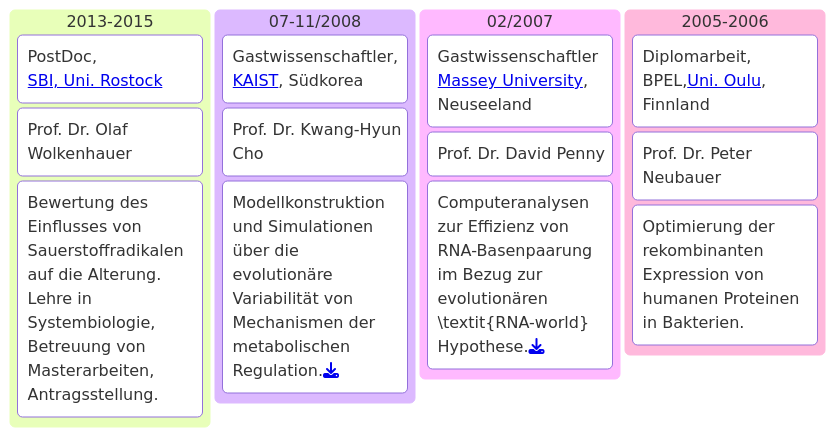
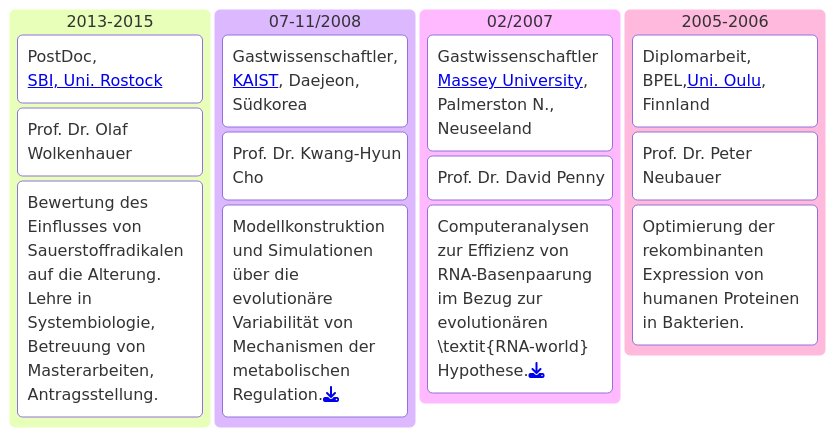
One commit to uliebal/uliebal.github.io changed the second of 2 diagrams in _pages/vita.md. Above: the diagram before and after it, drawn with Mermaid. The commit also changed other lines of this file, not shown here.

```diff
--- a/_pages/vita.md
+++ b/_pages/vita.md
@@ -135,19 +135,19 @@
 <pre class="mermaid">
 kanban
     SBI["2013-2015"]
         task1["PostDoc,<br><a href="https://www.sbi.uni-rostock.de/">SBI, Uni. Rostock</a>"]
         task2["Prof. Dr. Olaf Wolkenhauer"]
         task3["Bewertung des Einflusses von Sauerstoffradikalen auf die Alterung.<br>Lehre in Systembiologie, Betreuung von Masterarbeiten, Antragsstellung."]
     kaist["07-11/2008"]
-        task1["Gastwissenschaftler,<br><a href="https://www.kaist.ac.kr/en/">KAIST</a>, Südkorea"]
+        task1["Gastwissenschaftler,<br><a href="https://www.kaist.ac.kr/en/">KAIST</a>, Daejeon, Südkorea"]
         task2["Prof. Dr. Kwang-Hyun Cho"]
         task3["Modellkonstruktion und Simulationen über die evolutionäre Variabilität von Mechanismen der metabolischen Regulation.<a href="/assets/Files/2008_KAIST-Report.pdf"><i class="fa-solid fa-download"></i></a>"]
     palmerston["02/2007"]
-        task1["Gastwissenschaftler<br><a href="https://www.massey.ac.nz/">Massey University</a>, Neuseeland"]
+        task1["Gastwissenschaftler<br><a href="https://www.massey.ac.nz/">Massey University</a>, Palmerston N., Neuseeland"]
         task2["Prof. Dr. David Penny"]
         task3["Computeranalysen zur Effizienz von RNA-Basenpaarung im Bezug zur evolutionären \textit{RNA-world} Hypothese.<a href="/assets/Files/2007_NZ-Report.pdf"><i class="fa-solid fa-download"></i></a>"]
     BPEL["2005-2006"]
         task1["Diplomarbeit,<br>BPEL,<a href="https://www.oulu.fi/en">Uni. Oulu</a>, Finnland"]
         task2["Prof. Dr. Peter Neubauer"]
         task3["Optimierung der rekombinanten Expression von humanen Proteinen in Bakterien."]
 </pre>
```
